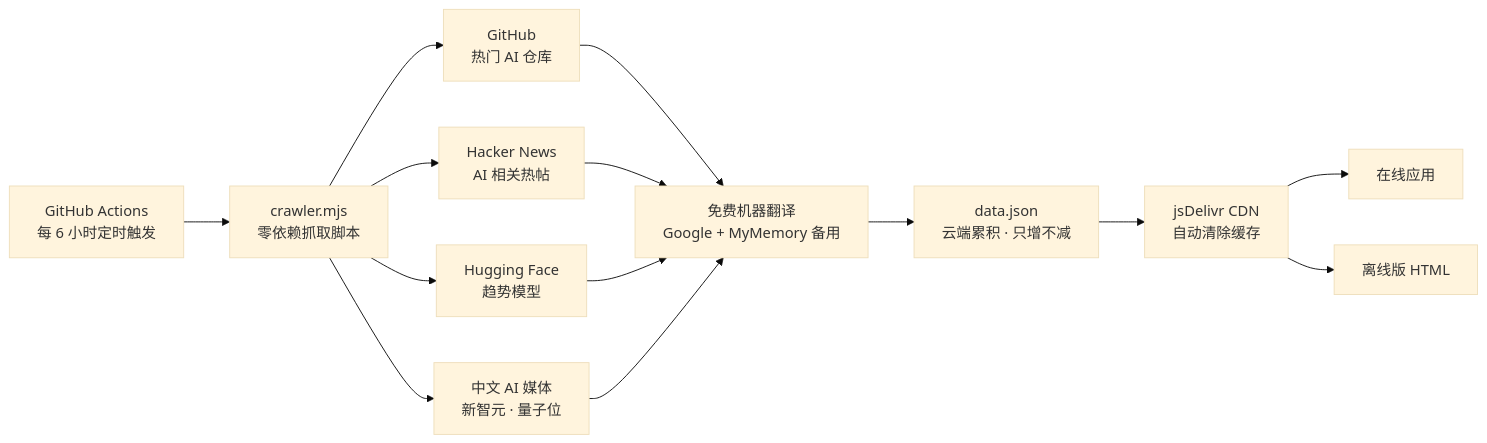
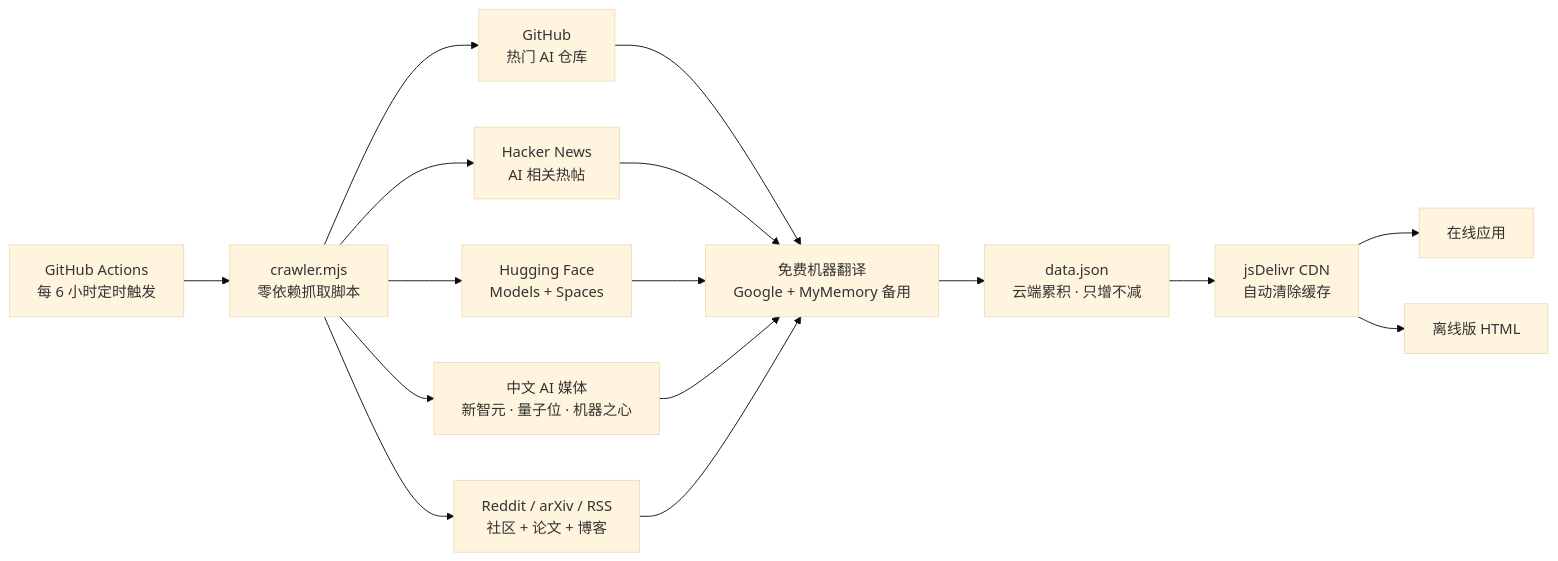
The diagram in README.md (yyds8170-ctrl/ai-hot-radar), drawn with Mermaid (base theme) before and after one commit. The commit also changed other lines of this file and 6 other files, not shown here.

````diff
--- a/README.md
+++ b/README.md
@@ -106,13 +139,14 @@
 ```mermaid
 flowchart LR
     A["GitHub Actions<br/>每 6 小时定时触发"] --> B["crawler.mjs<br/>零依赖抓取脚本"]
     B --> C["GitHub<br/>热门 AI 仓库"]
     B --> D["Hacker News<br/>AI 相关热帖"]
-    B --> E["Hugging Face<br/>趋势模型"]
-    B --> F["中文 AI 媒体<br/>新智元 · 量子位"]
-    C & D & E & F --> G["免费机器翻译<br/>Google + MyMemory 备用"]
-    G --> H["data.json<br/>云端累积 · 只增不减"]
-    H --> I["jsDelivr CDN<br/>自动清除缓存"]
-    I --> J["在线应用"]
-    I --> K["离线版 HTML"]
+    B --> E["Hugging Face<br/>Models + Spaces"]
+    B --> F["中文 AI 媒体<br/>新智元 · 量子位 · 机器之心"]
+    B --> G["Reddit / arXiv / RSS<br/>社区 + 论文 + 博客"]
+    C & D & E & F & G --> H["免费机器翻译<br/>Google + MyMemory 备用"]
+    H --> I["data.json<br/>云端累积 · 只增不减"]
+    I --> J["jsDelivr CDN<br/>自动清除缓存"]
+    J --> K["在线应用"]
+    J --> L["离线版 HTML"]
 ```
````
